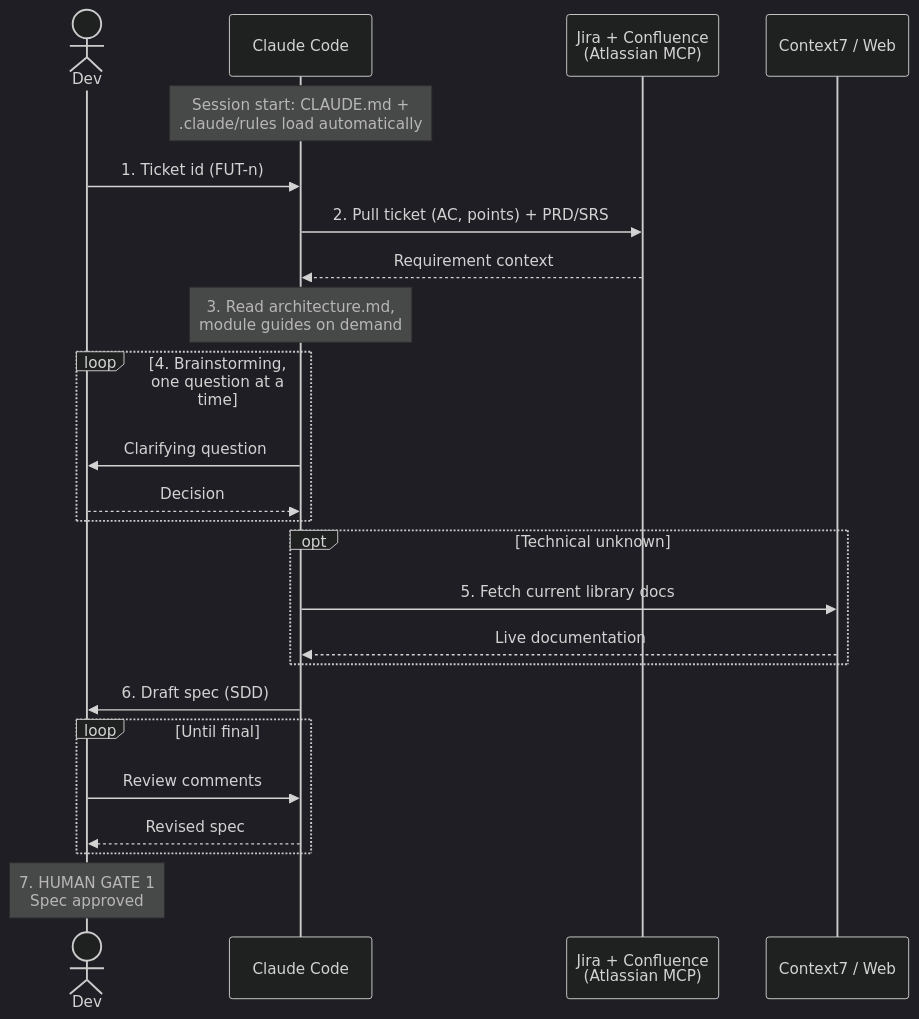
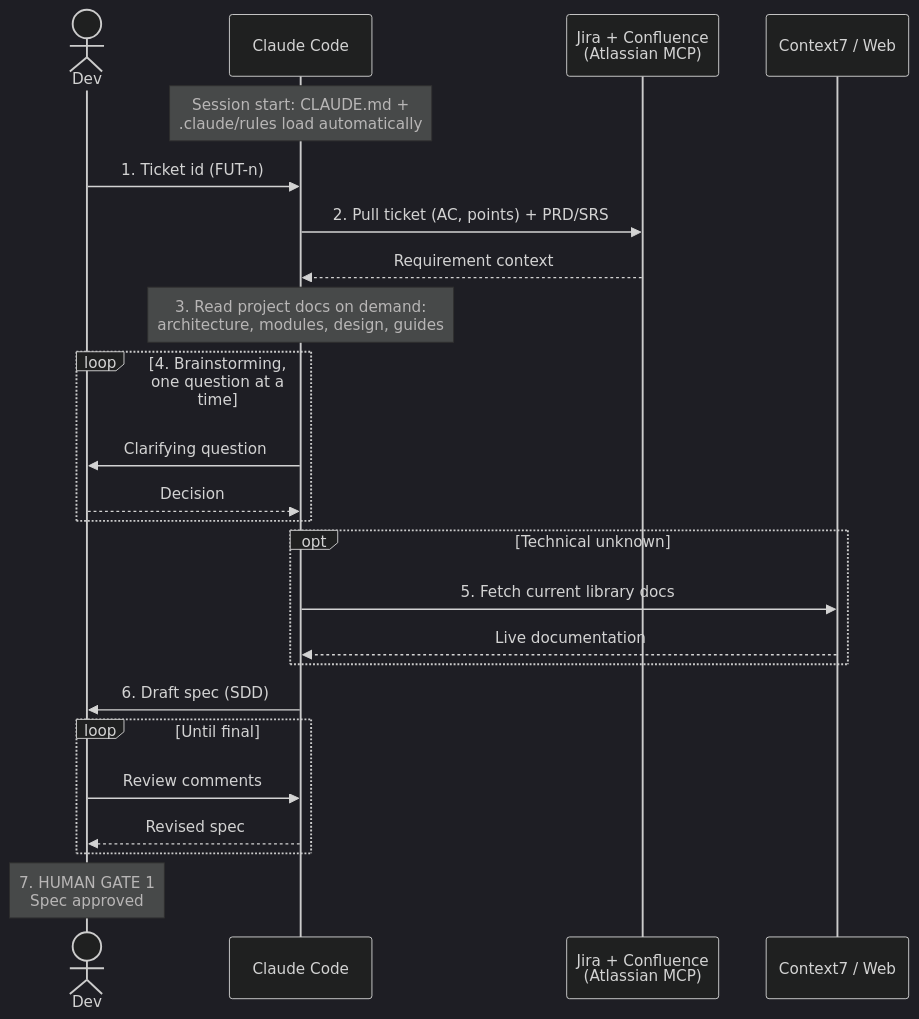
Before and after one commit to Seta-International/ai-sdlc-metrics: the second of 6 diagrams in docs/aidc-workflow-future.md, drawn with Mermaid (dark theme). The commit also changed other lines of this file, not shown here.

Commit message:
docs: on-demand docs cover the whole docs tree, not just architecture and guides

````diff
--- a/docs/aidc-workflow-future.md
+++ b/docs/aidc-workflow-future.md
@@ -78,27 +78,27 @@
 ```mermaid
 sequenceDiagram
     actor Dev
     participant CC as Claude Code
     participant ATL as Jira + Confluence<br/>(Atlassian MCP)
     participant C7 as Context7 / Web
 
     Note over CC: Session start: CLAUDE.md +<br/>.claude/rules load automatically
     Dev->>CC: 1. Ticket id (FUT-n)
     CC->>ATL: 2. Pull ticket (AC, points) + PRD/SRS
     ATL-->>CC: Requirement context
-    Note over CC: 3. Read architecture.md,<br/>module guides on demand
+    Note over CC: 3. Read project docs on demand:<br/>architecture, modules, design, guides
     loop 4. Brainstorming, one question at a time
         CC->>Dev: Clarifying question
         Dev-->>CC: Decision
     end
     opt Technical unknown
         CC->>C7: 5. Fetch current library docs
         C7-->>CC: Live documentation
     end
     CC->>Dev: 6. Draft spec (SDD)
     loop Until final
         Dev->>CC: Review comments
         CC-->>Dev: Revised spec
     end
     Note over Dev: 7. HUMAN GATE 1<br/>Spec approved
 ```
````
